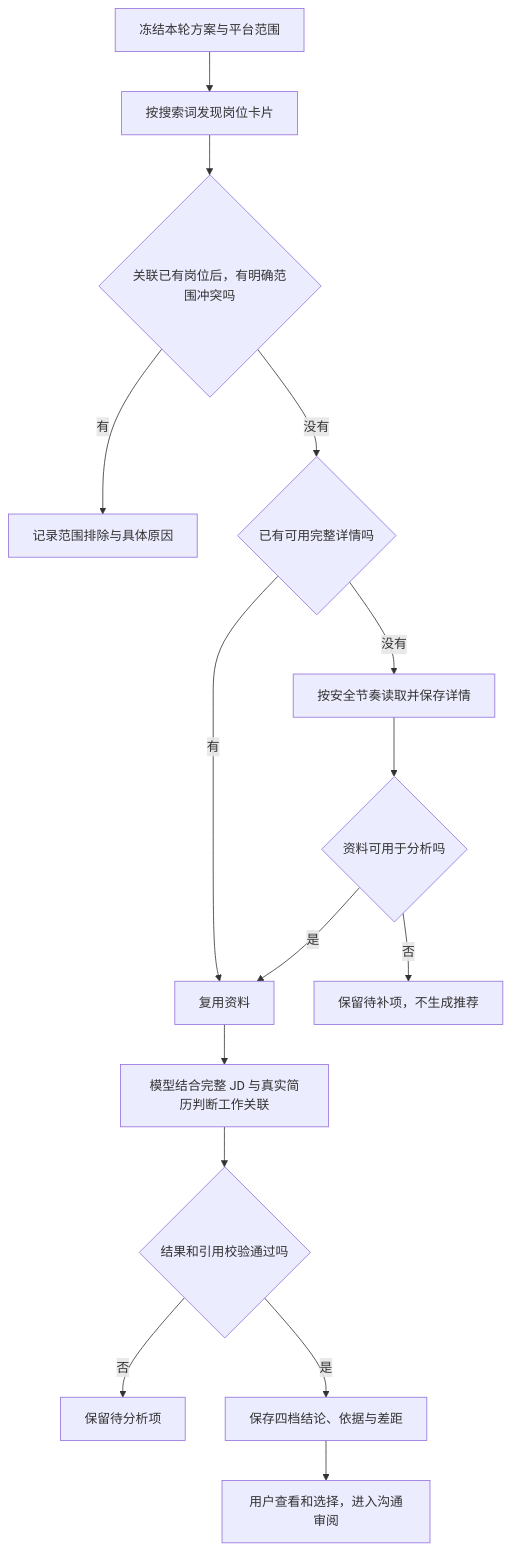
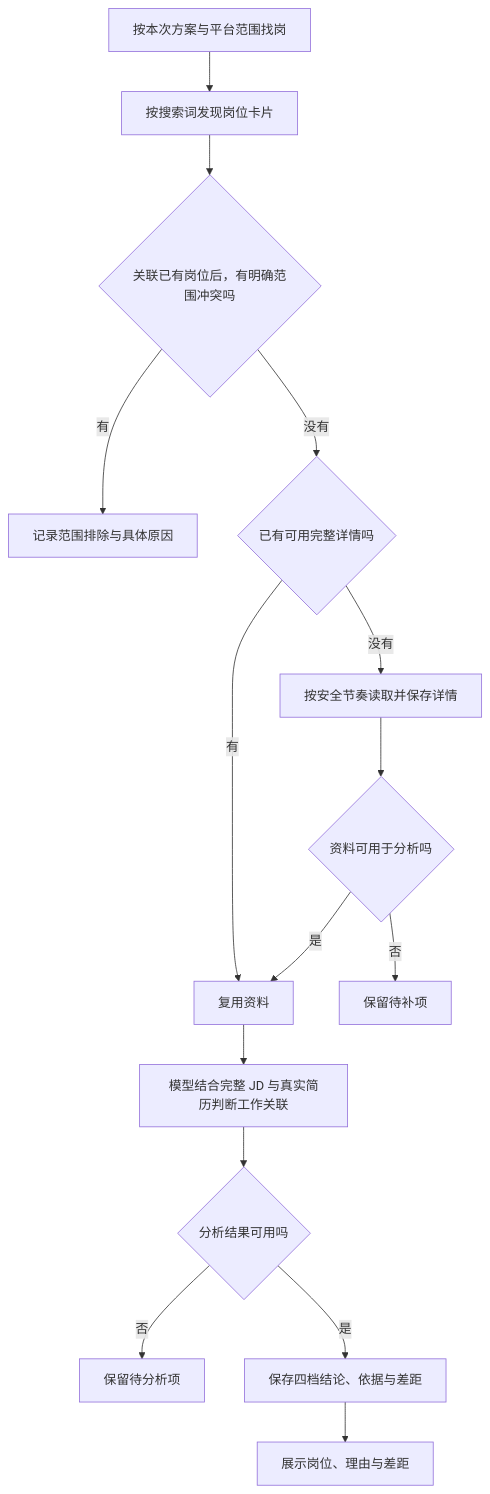
The diagram in docs/user-guide/02-job-discovery-and-matching.md (daydreamer0213/OfferGo), drawn with Mermaid before and after one commit. The commit also changed other lines of this file and 12 other files, not shown here.

````diff
--- a/docs/user-guide/02-job-discovery-and-matching.md
+++ b/docs/user-guide/02-job-discovery-and-matching.md
@@ -17,17 +17,17 @@
 ```mermaid
 flowchart TD
-  A[冻结本轮方案与平台范围] --> B[按搜索词发现岗位卡片]
+  A[按本次方案与平台范围找岗] --> B[按搜索词发现岗位卡片]
   B --> C{关联已有岗位后，有明确范围冲突吗}
   C -- 有 --> X[记录范围排除与具体原因]
   C -- 没有 --> D{已有可用完整详情吗}
   D -- 有 --> E[复用资料]
   D -- 没有 --> F[按安全节奏读取并保存详情]
   F --> G{资料可用于分析吗}
-  G -- 否 --> H[保留待补项，不生成推荐]
+  G -- 否 --> H[保留待补项]
   G -- 是 --> E
   E --> I[模型结合完整 JD 与真实简历判断工作关联]
-  I --> J{结果和引用校验通过吗}
+  I --> J{分析结果可用吗}
   J -- 否 --> K[保留待分析项]
   J -- 是 --> L[保存四档结论、依据与差距]
-  L --> M[用户查看和选择，进入沟通审阅]
+  L --> M[展示岗位、理由与差距]
 ```
````
